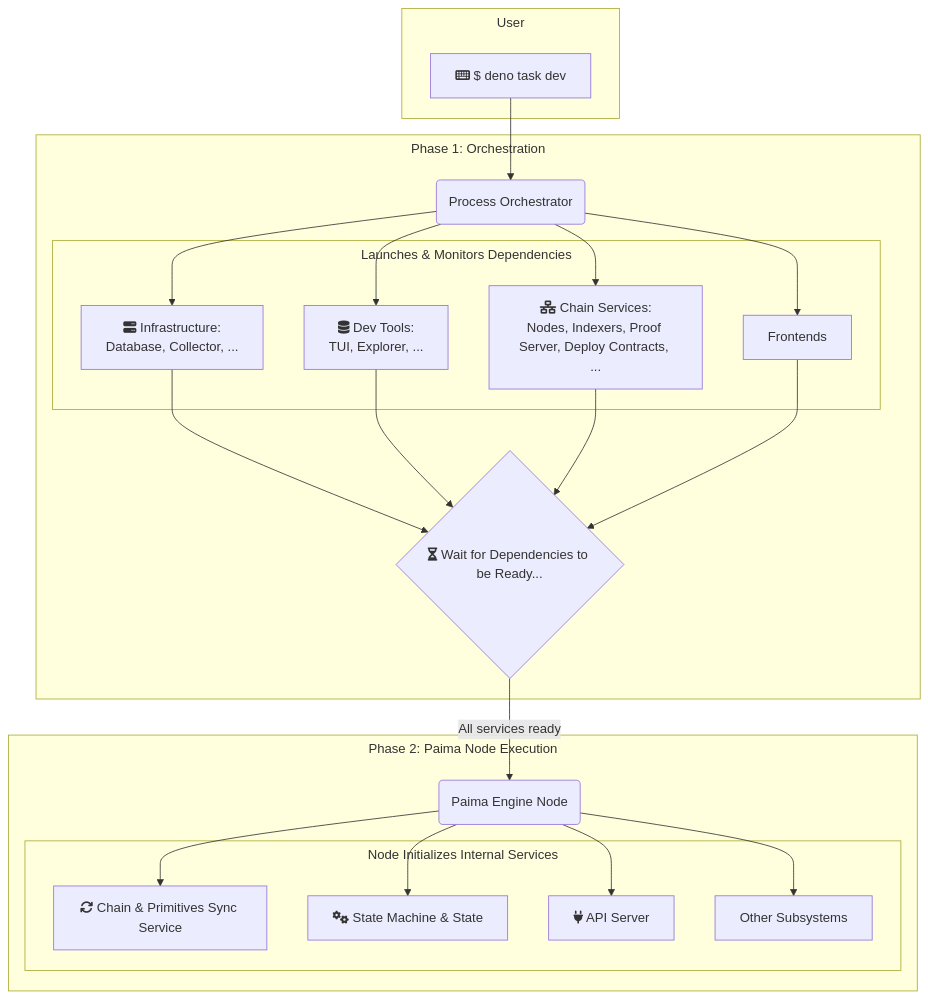
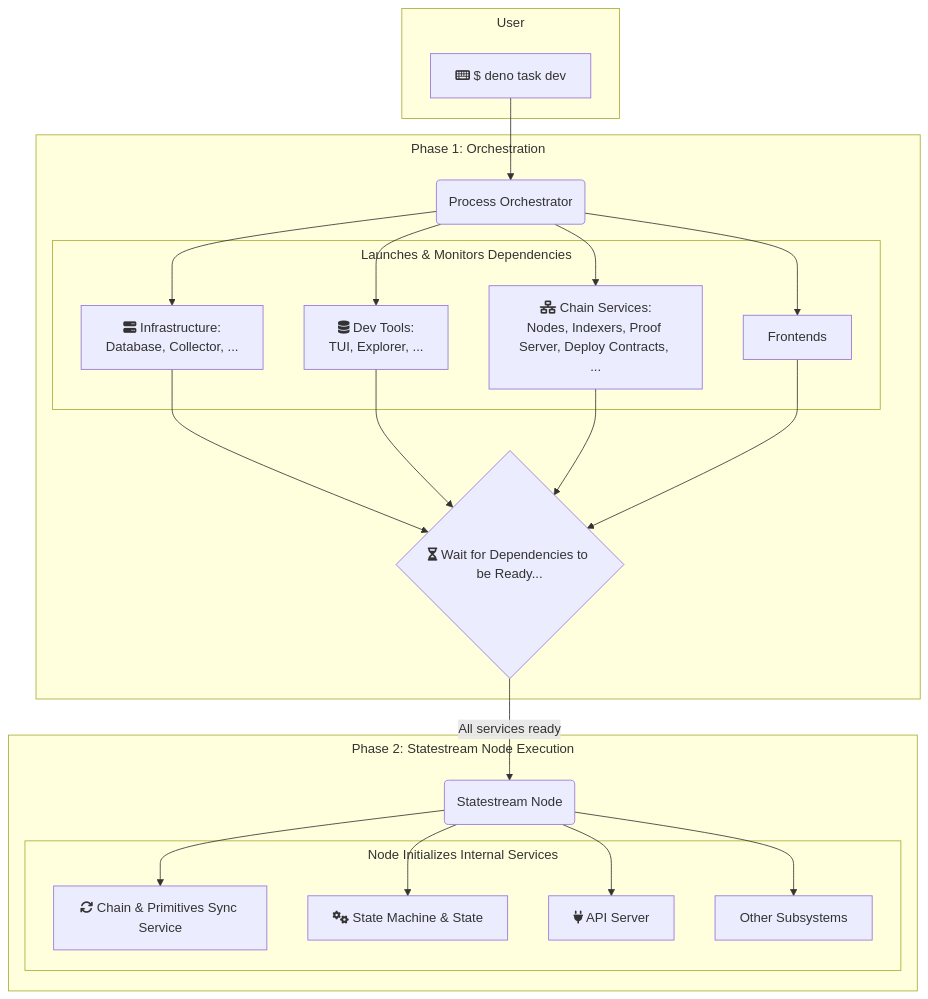
The diagram in docs/site/docs/home/10-quickstart/10-quickstart.md (effectstream/effectstream), drawn with Mermaid before and after one commit. The commit also changed other lines of this file and 55 other files, not shown here.

````diff
--- a/docs/site/docs/home/10-quickstart/10-quickstart.md
+++ b/docs/site/docs/home/10-quickstart/10-quickstart.md
@@ -90,53 +90,53 @@
 ```mermaid
 ---
 config:
   flowchart:
     subGraphTitleMargin:
       top: 5
       bottom: 25
 ---
 graph TD
     subgraph "User"
         A["fa:fa-keyboard $ deno task dev"]
     end
 
     subgraph "Phase 1: Orchestration"
         B(Process Orchestrator)
         subgraph "Launches & Monitors Dependencies"
 
             C[fa:fa-server Infrastructure:<br/>Database, Collector, ...]
             D[fa:fa-database Dev Tools:<br/>TUI, Explorer, ...]
             E[fa:fa-network-wired Chain Services:<br/>Nodes, Indexers, Proof Server, Deploy Contracts, ...]
             F[Frontends]
         end
         G{fa:fa-hourglass-half Wait for Dependencies to be Ready...}
     end
 
-    subgraph "Phase 2: Paima Node Execution"
-        H(Paima Engine Node)
+    subgraph "Phase 2: Statestream Node Execution"
+        H(Statestream Node)
         subgraph "Node Initializes Internal Services"
             I[fa:fa-sync Chain & Primitives Sync Service]
             J[fa:fa-cogs State Machine & State]
             K[fa:fa-plug API Server]
             L[Other Subsystems]
         end
     end
 
     A --> B;
     B --> C;
     B --> D;
     B --> E;
     B --> F;
 
     C --> G;
     D --> G;
     E --> G;
     F --> G;
 
     G -- All services ready --> H;
 
     H --> L;
     H --> I;
     H --> J;
     H --> K;
 ```
````
